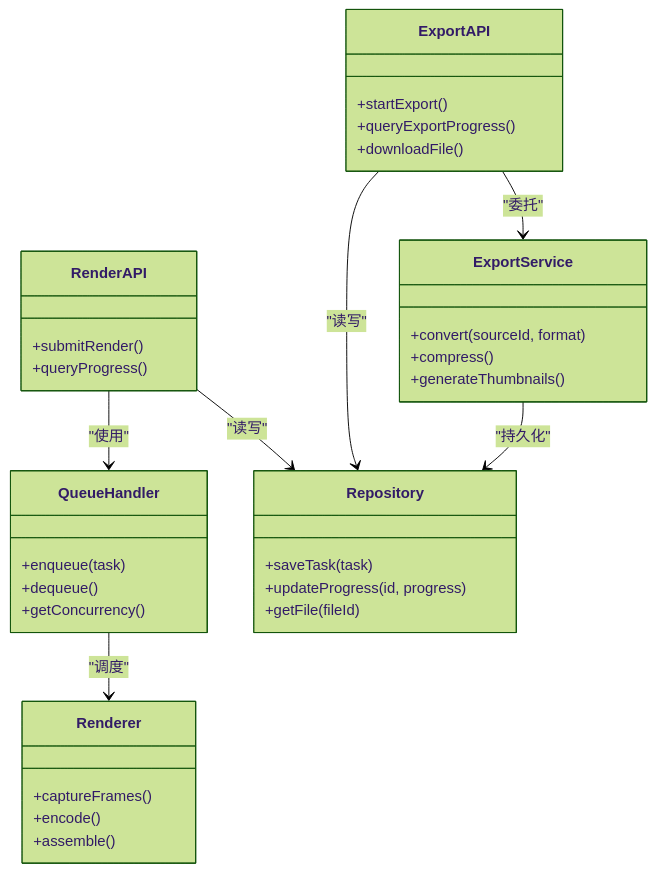
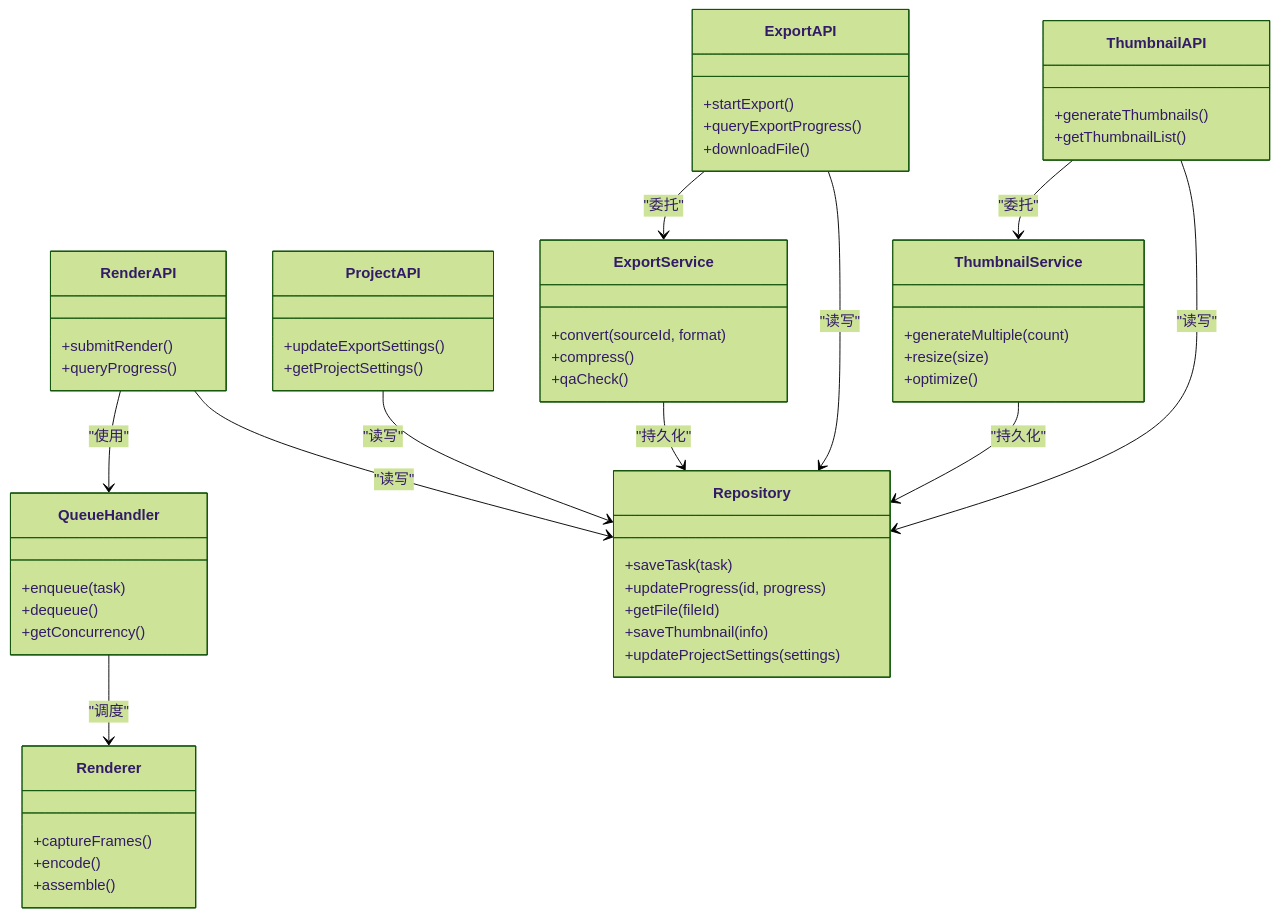
The third of 3 diagrams in .qoder/repowiki/zh/content/API 参考/渲染导出 API.md (AIMFllyYS/code-video-canvas), drawn with Mermaid (forest theme) before and after one commit. The commit also changed other lines of this file and 7 other files, not shown here.

````diff
--- a/.qoder/repowiki/zh/content/API 参考/渲染导出 API.md
+++ b/.qoder/repowiki/zh/content/API 参考/渲染导出 API.md
@@ -284,38 +385,57 @@
 ```mermaid
 classDiagram
 class RenderAPI {
 +submitRender()
 +queryProgress()
 }
 class ExportAPI {
 +startExport()
 +queryExportProgress()
 +downloadFile()
+}
+class ThumbnailAPI {
++generateThumbnails()
++getThumbnailList()
+}
+class ProjectAPI {
++updateExportSettings()
++getProjectSettings()
 }
 class QueueHandler {
 +enqueue(task)
 +dequeue()
 +getConcurrency()
 }
 class Renderer {
 +captureFrames()
 +encode()
 +assemble()
 }
 class ExportService {
 +convert(sourceId, format)
 +compress()
-+generateThumbnails()
++qaCheck()
+}
+class ThumbnailService {
++generateMultiple(count)
++resize(size)
++optimize()
 }
 class Repository {
 +saveTask(task)
 +updateProgress(id, progress)
 +getFile(fileId)
++saveThumbnail(info)
++updateProjectSettings(settings)
 }
 RenderAPI --> QueueHandler : "使用"
 RenderAPI --> Repository : "读写"
 ExportAPI --> ExportService : "委托"
 ExportAPI --> Repository : "读写"
+ThumbnailAPI --> ThumbnailService : "委托"
+ThumbnailAPI --> Repository : "读写"
+ProjectAPI --> Repository : "读写"
 QueueHandler --> Renderer : "调度"
 ExportService --> Repository : "持久化"
+ThumbnailService --> Repository : "持久化"
 ```
````
